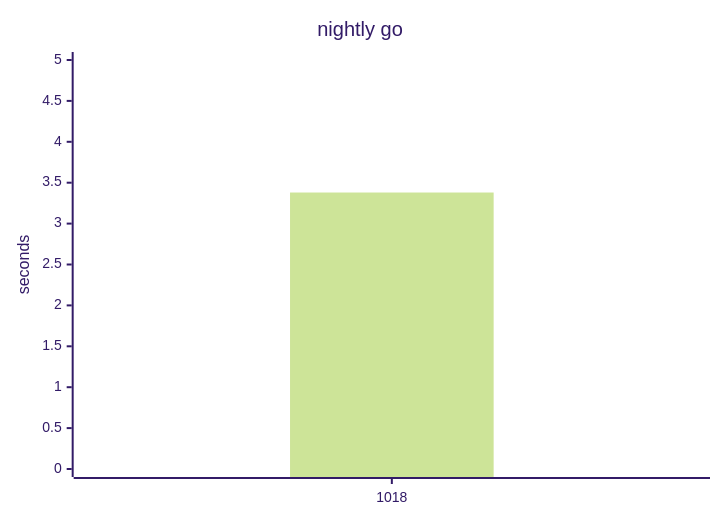
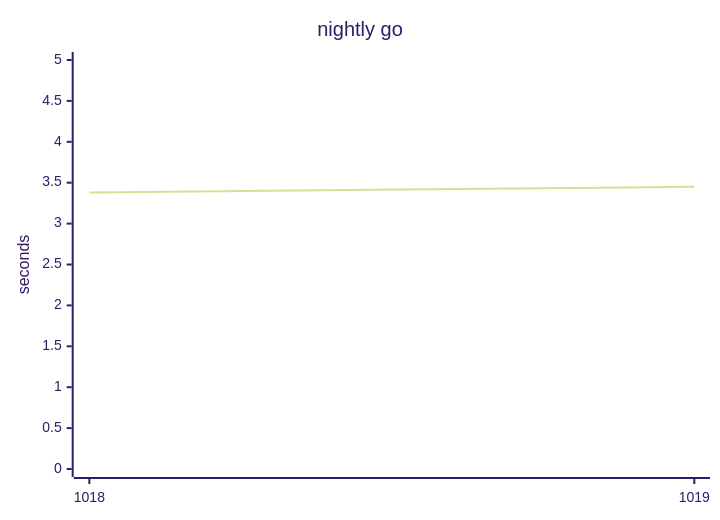
Before and after one commit to yamanori99/DistSSHRun.jl: the eighth of 9 diagrams in README.md, drawn with Mermaid (forest theme). The commit also changed other lines of this file and 1 other file, not shown here.

````diff
--- a/README.md
+++ b/README.md
@@ -193,7 +194,7 @@
 ```mermaid
 xychart-beta
     title "nightly go"
-    x-axis ["1018"]
+    x-axis ["1018", "1019"]
     y-axis "seconds" 0 --> 5
-    bar [3.38]
+    line [3.38, 3.45]
 ```
````
